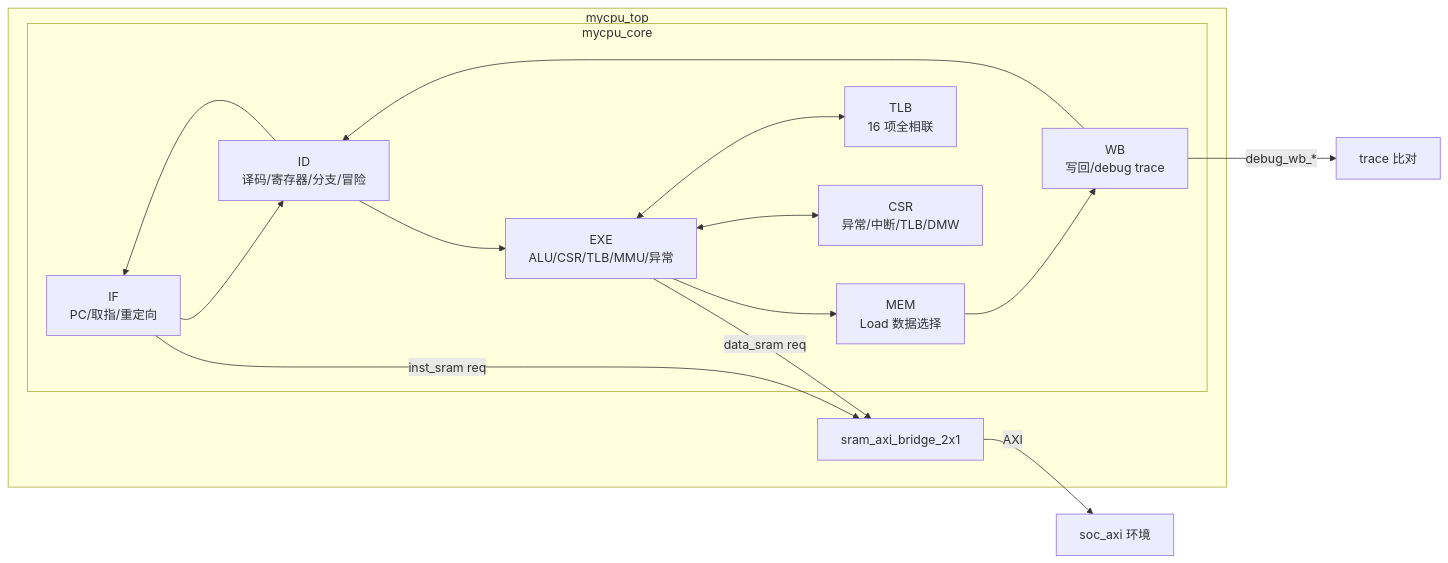
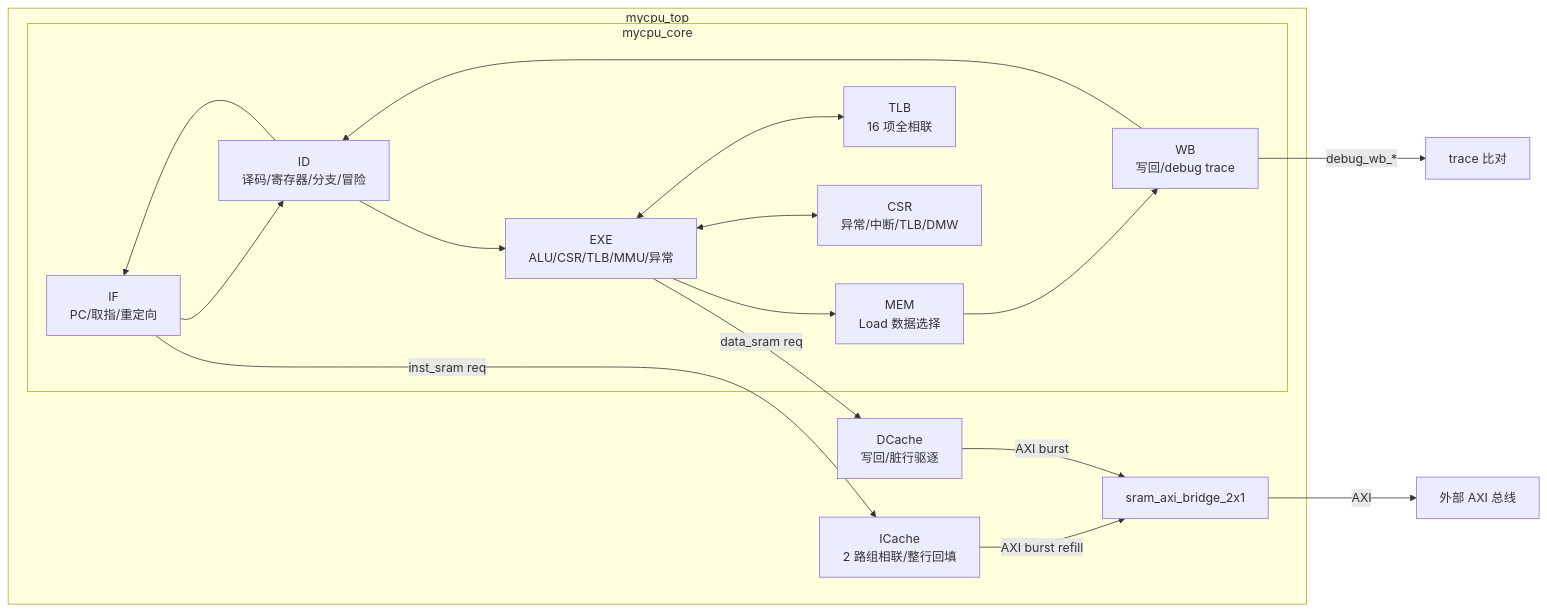
One commit to atopos101/Ourcpu changed the diagram in README.md. Above: the diagram before and after it, drawn with Mermaid. The commit also changed other lines of this file and 7 other files, not shown here.

````diff
--- a/README.md
+++ b/README.md
@@ -127,27 +23,31 @@
 ```mermaid
 flowchart LR
     subgraph CPU["mycpu_top"]
         subgraph Core["mycpu_core"]
             IF["IF\nPC/取指/重定向"]
             ID["ID\n译码/寄存器/分支/冒险"]
             EXE["EXE\nALU/CSR/TLB/MMU/异常"]
             MEM["MEM\nLoad 数据选择"]
             WB["WB\n写回/debug trace"]
             TLB["TLB\n16 项全相联"]
             CSR["CSR\n异常/中断/TLB/DMW"]
 
             IF --> ID --> EXE --> MEM --> WB
             EXE <--> TLB
             EXE <--> CSR
             WB --> ID
             ID --> IF
         end
 
+        ICache["ICache\n2 路组相联/整行回填"]
+        DCache["DCache\n写回/脏行驱逐"]
         Bridge["sram_axi_bridge_2x1"]
     end
 
-    IF -- "inst_sram req" --> Bridge
-    EXE -- "data_sram req" --> Bridge
-    Bridge -- "AXI" --> SOC["soc_axi 环境"]
+    IF -- "inst_sram req" --> ICache
+    ICache -- "AXI burst refill" --> Bridge
+    EXE -- "data_sram req" --> DCache
+    DCache -- "AXI burst" --> Bridge
+    Bridge -- "AXI" --> SOC["外部 AXI 总线"]
     WB -- "debug_wb_*" --> TRACE["trace 比对"]
 ```
````
